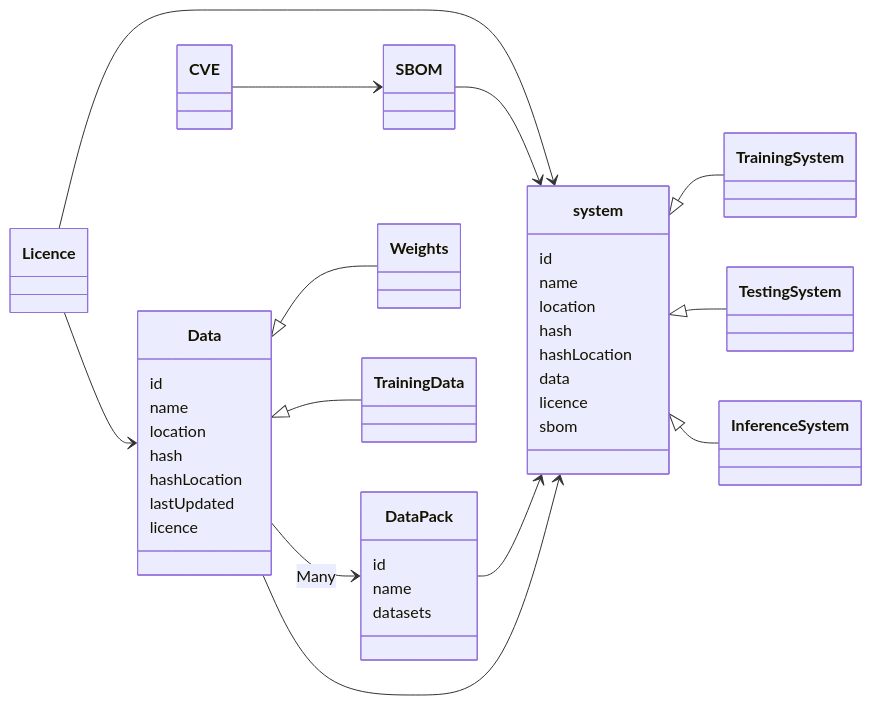
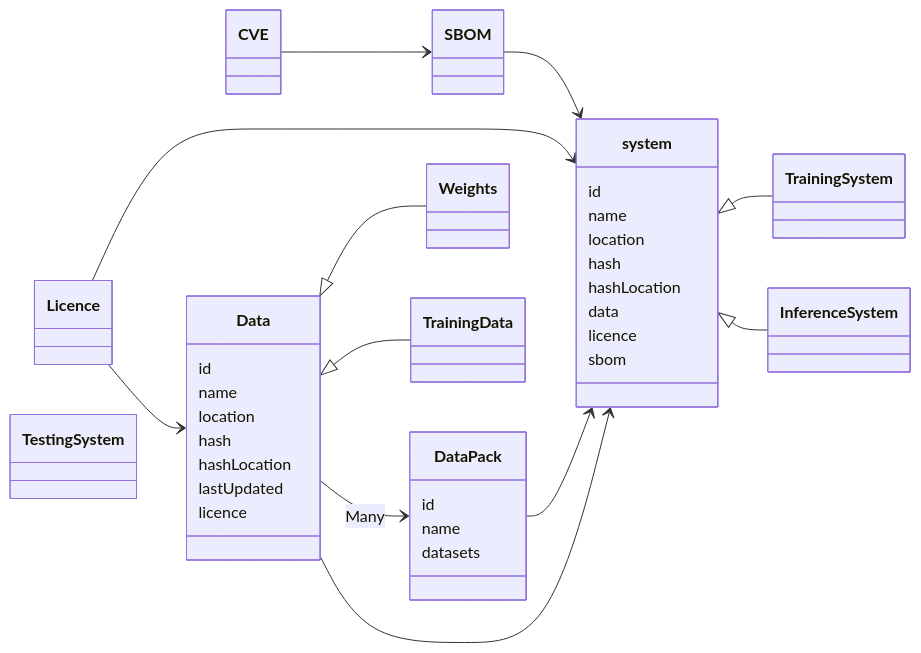
The diagram in packages/docusaurus/docs/working-docs/30-requirements-and-design/30-requirements-and-design.md (nqminds/Trusted-AI-BOM), drawn with Mermaid before and after one commit.

Commit message:
[2024-10-22 14:19:18] Tony McCaigue: Requirements & Design

````diff
--- a/packages/docusaurus/docs/working-docs/30-requirements-and-design/30-requirements-and-design.md
+++ b/packages/docusaurus/docs/working-docs/30-requirements-and-design/30-requirements-and-design.md
@@ -7,66 +7,65 @@
 ```mermaid
 classDiagram 
     direction LR
 
     class DataPack {
         id
         name
         datasets
     }
 
     class Data{
         id
         name
         location
         hash
         hashLocation
         lastUpdated
         licence
     }
 
     class Licence{
     }
 
     class CVE{
     }
 
     class SBOM {
     }
 
     class system {
         id
         name
         location
         hash
         hashLocation
         data
         licence
         sbom
     }
 
     class TrainingSystem{
     }
 
     class TestingSystem{
     }
 
     class InferenceSystem{
     }
 
+    CVE --> SBOM
+    SBOM --> system
     Licence --> system
     Licence --> Data
     Data  -->  DataPack: Many
-    CVE --> SBOM
-    SBOM --> system
     DataPack --> system
     Data --> system
 
     %% Inheritance to represent types of Data
     Data <|-- Weights
     Data <|-- TrainingData
 
     %% Inheritance to represent types of system
     system <|-- TrainingSystem
-    system <|-- TestingSystem
     system <|-- InferenceSystem
 ```
````
